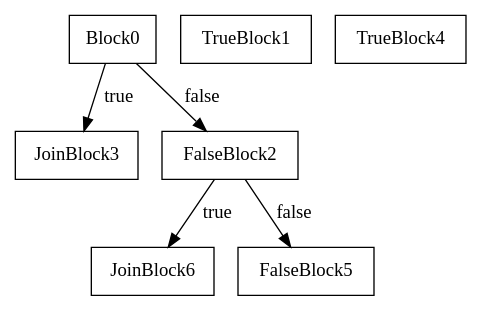
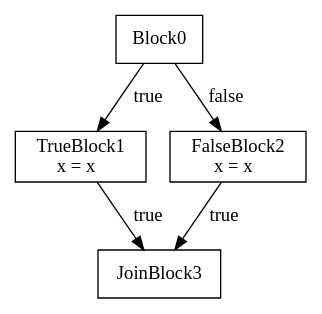
The diagram in assignment3/assignment/ir.dot (JakobAdamsson/Compiler-and-translation-technique), drawn with Graphviz before and after one commit. The commit also changed 12 other files, not shown here.

```diff
--- a/assignment3/assignment/ir.dot
+++ b/assignment3/assignment/ir.dot
@@ -1,13 +1,10 @@
 digraph G {
 	Block0 [shape=box, label="Block0\n"];
-	Block0 -> JoinBlock3 [label="true"];
+	Block0 -> TrueBlock1 [label="true"];
 	Block0 -> FalseBlock2 [label="false"];
-	FalseBlock2 [shape=box, label="FalseBlock2\n"];
-	FalseBlock2 -> JoinBlock6 [label="true"];
-	FalseBlock2 -> FalseBlock5 [label="false"];
-	FalseBlock5 [shape=box, label="FalseBlock5\n"];
+	FalseBlock2 [shape=box, label="FalseBlock2\nx = x  \n"];
+	FalseBlock2 -> JoinBlock3 [label="true"];
 	JoinBlock3 [shape=box, label="JoinBlock3\n"];
-	JoinBlock6 [shape=box, label="JoinBlock6\n"];
-	TrueBlock1 [shape=box, label="TrueBlock1\n"];
-	TrueBlock4 [shape=box, label="TrueBlock4\n"];
+	TrueBlock1 [shape=box, label="TrueBlock1\nx = x  \n"];
+	TrueBlock1 -> JoinBlock3 [label="true"];
 }
```
